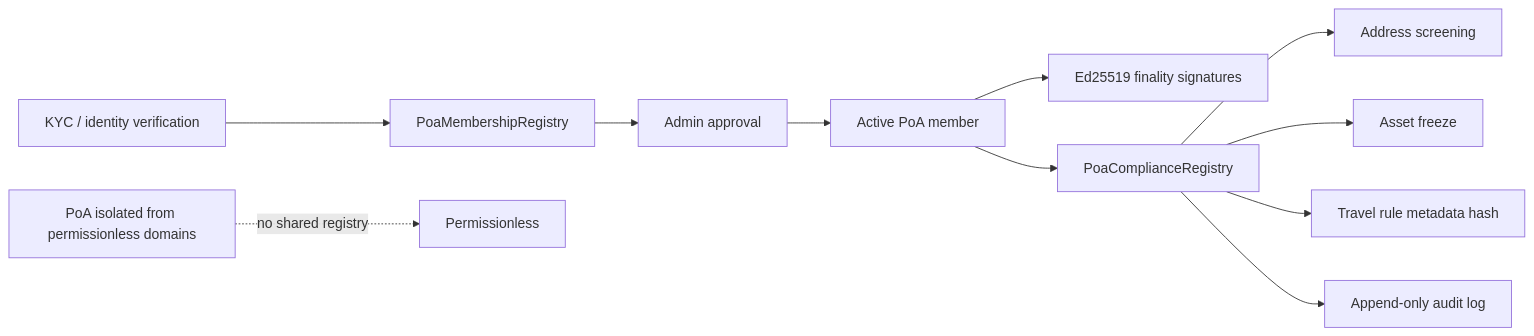
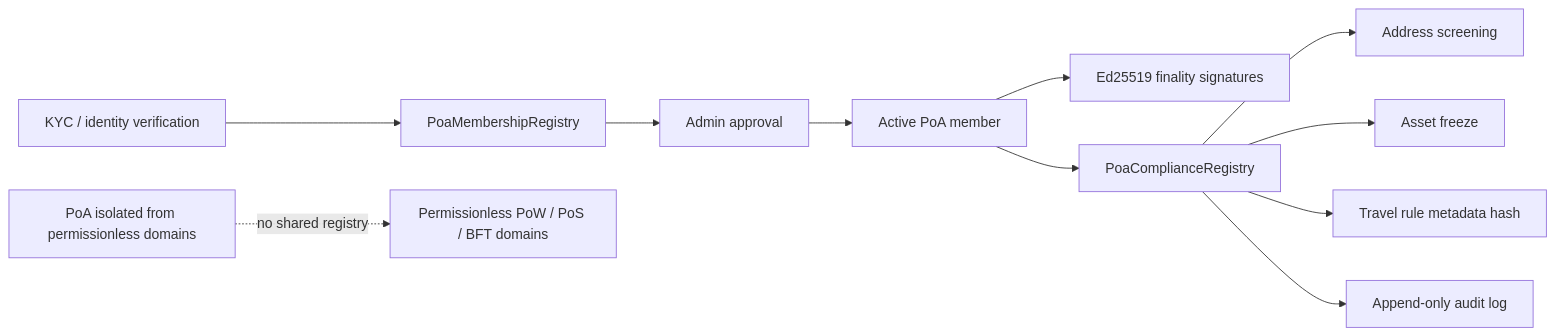
Before and after one commit to budlum-xyz/deneme: diagram 32 of 51 in ARCHITECTURE.md, drawn with Mermaid. The commit also changed other lines of this file and 25 other files, not shown here.

````diff
--- a/ARCHITECTURE.md
+++ b/ARCHITECTURE.md
@@ -1073,13 +1073,13 @@
 ```mermaid
 flowchart LR
   KYC[KYC / identity verification] --> Membership[PoaMembershipRegistry]
   Membership --> Admin[Admin approval]
   Admin --> Active[Active PoA member]
   Active --> Sign[Ed25519 finality signatures]
   Active --> Compliance[PoaComplianceRegistry]
   Compliance --> Screen[Address screening]
   Compliance --> Freeze[Asset freeze]
   Compliance --> TravelRule[Travel rule metadata hash]
   Compliance --> Audit[Append-only audit log]
-  Isolation[PoA isolated from permissionless domains] -. no shared registry .-> Permissionless
+  Isolation[PoA isolated from permissionless domains] -. no shared registry .-> Permissionless["Permissionless PoW / PoS / BFT domains"]
 ```
````
